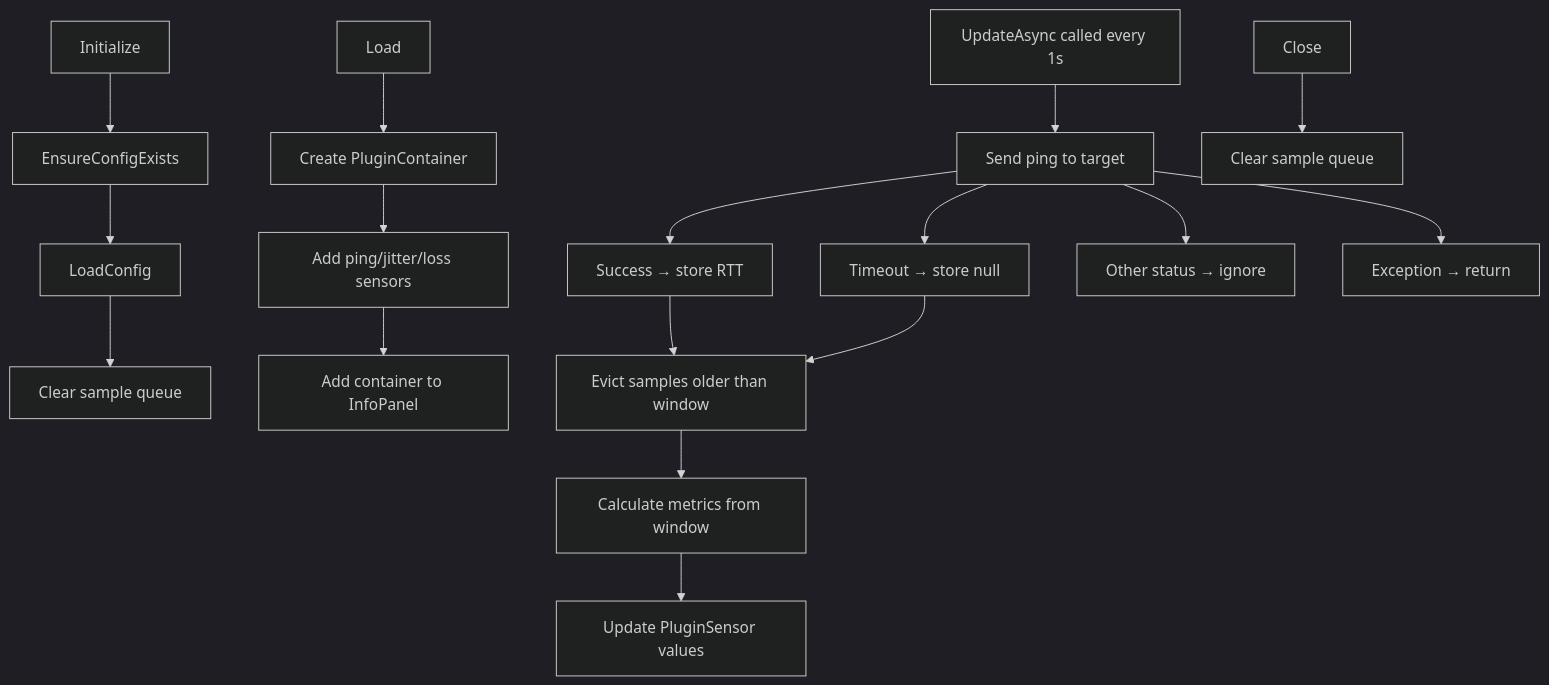
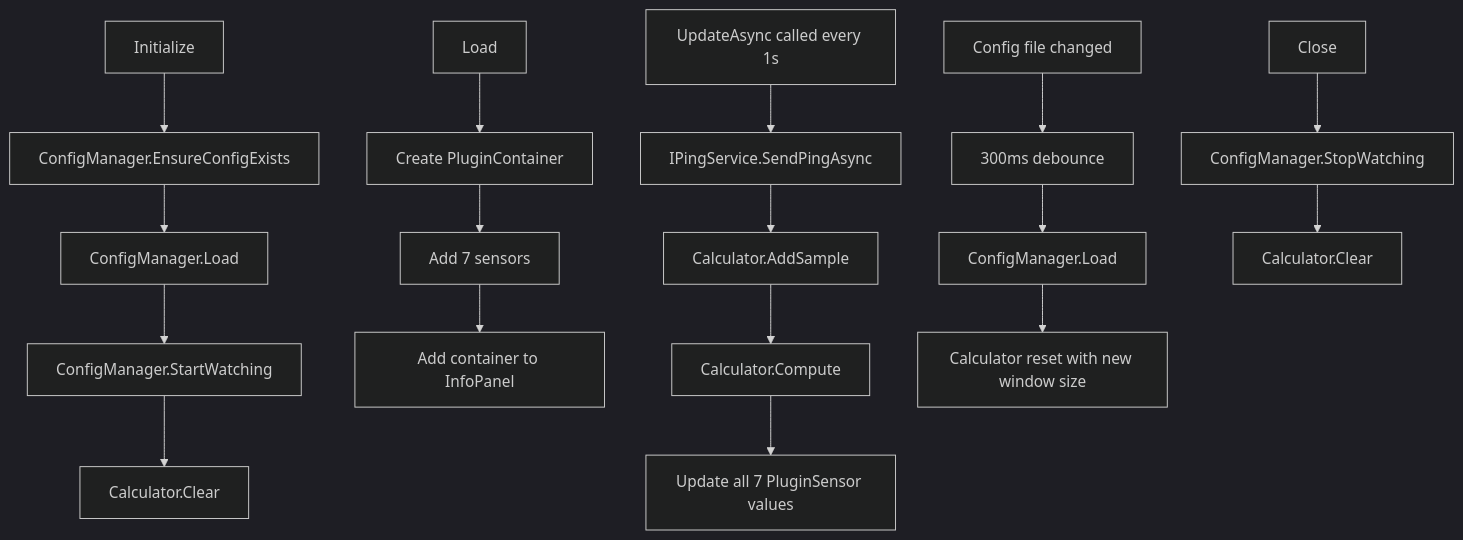
The second of 2 diagrams in InfoPanel.NetworkQuality_ARCHITECTURE.md (ken47-1/InfoPanel.NetworkQuality), drawn with Mermaid (dark theme) before and after one commit. The commit also changed other lines of this file and 1 other file, not shown here.

````diff
--- a/InfoPanel.NetworkQuality_ARCHITECTURE.md
+++ b/InfoPanel.NetworkQuality_ARCHITECTURE.md
@@ -79,23 +93,23 @@
 ```mermaid
 flowchart TD
-    Init[Initialize] --> Ensure[EnsureConfigExists]
-    Ensure --> LoadCfg[LoadConfig]
-    LoadCfg --> Clear[Clear sample queue]
-    
-    Load[Load] --> Create[Create PluginContainer]
-    Create --> AddSensors[Add ping/jitter/loss sensors]
-    AddSensors --> AddToHost[Add container to InfoPanel]
-    
-    UpdateAsync[UpdateAsync called every 1s] --> SendPing[Send ping to target]
-    SendPing --> Success[Success → store RTT]
-    SendPing --> Timeout[Timeout → store null]
-    SendPing --> Error[Other status → ignore]
-    SendPing --> Exception[Exception → return]
-    
-    Success --> EvictSamples[Evict samples older than window]
-    Timeout --> EvictSamples
-    EvictSamples --> CalcMetrics[Calculate metrics from window]
-    CalcMetrics --> UpdateSensors[Update PluginSensor values]
-    
-    Close[Close] --> ClearQueue[Clear sample queue]
+    Init[Initialize] --> Ensure[ConfigManager.EnsureConfigExists]
+    Ensure --> LoadCfg[ConfigManager.Load]
+    LoadCfg --> StartWatch[ConfigManager.StartWatching]
+    StartWatch --> Clear[Calculator.Clear]
+
+    Load[Load] --> Create["Create PluginContainer"]
+    Create --> AddSensors["Add 7 sensors"]
+    AddSensors --> AddToHost["Add container to InfoPanel"]
+
+    UpdateAsync["UpdateAsync called every 1s"] --> SendPing["IPingService.SendPingAsync"]
+    SendPing --> AddSample[Calculator.AddSample]
+    AddSample --> Compute[Calculator.Compute]
+    Compute --> UpdateSensors["Update all 7 PluginSensor values"]
+
+    ConfigChanged["Config file changed"] --> Debounce["300ms debounce"]
+    Debounce --> Reload[ConfigManager.Load]
+    Reload --> ResetCalc["Calculator reset with new window size"]
+
+    Close[Close] --> StopWatch[ConfigManager.StopWatching]
+    StopWatch --> ClearQueue[Calculator.Clear]
 ```
````
